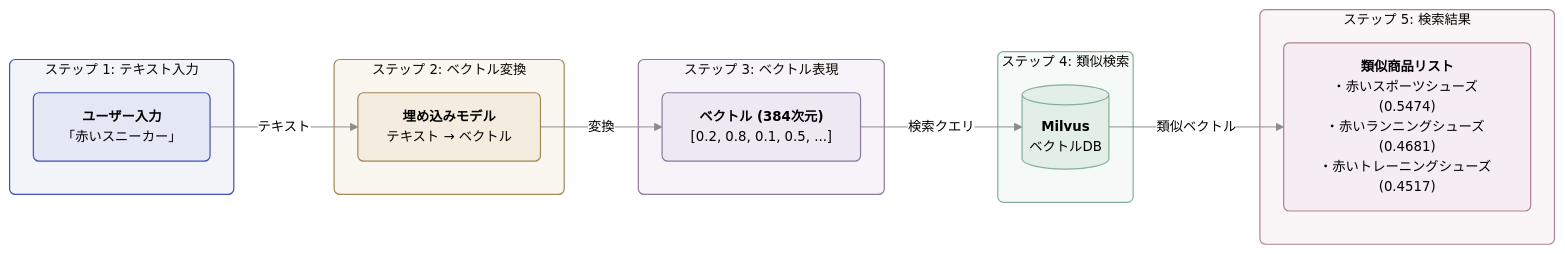
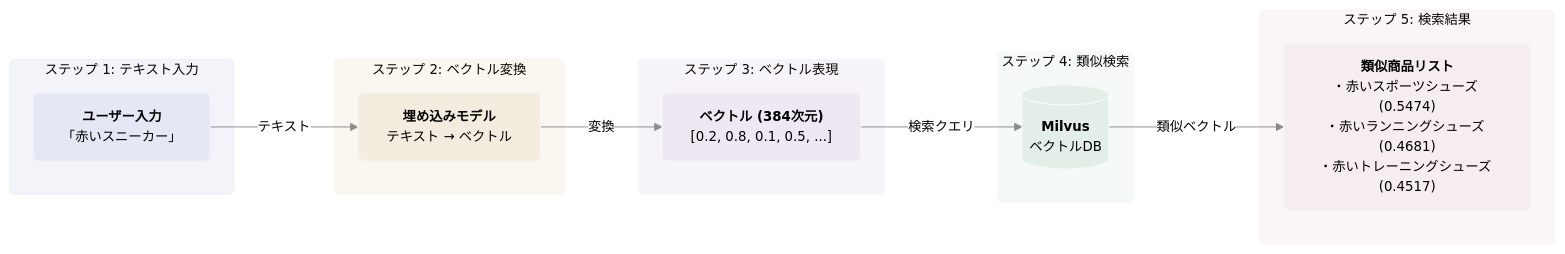
One commit to mukoubuchi/vector-search-hands-on changed the diagram in docs/ja/part1.md. Above: the diagram before and after it, drawn with Mermaid. The commit also changed 10 other files, not shown here.

Commit message:
fix: preserve diagram color semantics and soften block borders

````diff
--- a/docs/ja/part1.md
+++ b/docs/ja/part1.md
@@ -34,53 +34,53 @@
 ```mermaid
 ---
 config:
   theme: base
   themeVariables:
     fontFamily: IBM Plex Sans, IBM Plex Sans JP, sans-serif
     fontSize: 14px
     textColor: '#000000'
     primaryTextColor: '#000000'
     lineColor: '#8a8b8c'
     edgeLabelBackground: '#ffffff'
   flowchart:
     curve: linear
     useMaxWidth: false
 ---
 graph LR
     subgraph step1["ステップ 1: テキスト入力"]
         A["<b>ユーザー入力</b><br/>「赤いスニーカー」"]
     end
     
     subgraph step2["ステップ 2: ベクトル変換"]
         B["<b>埋め込みモデル</b><br/>テキスト → ベクトル"]
     end
     
     subgraph step3["ステップ 3: ベクトル表現"]
         C["<b>ベクトル (384次元)</b><br/>[0.2, 0.8, 0.1, 0.5, ...]"]
     end
     
     subgraph step4["ステップ 4: 類似検索"]
         D[("<b>Milvus</b><br/>ベクトルDB")]
     end
     
     subgraph step5["ステップ 5: 検索結果"]
         E["<b>類似商品リスト</b><br/>・赤いスポーツシューズ (0.5474)<br/>・赤いランニングシューズ (0.4681)<br/>・赤いトレーニングシューズ (0.4517)"]
     end
     
     A -->|テキスト| B
     B -->|変換| C
     C -->|検索クエリ| D
     D -->|類似ベクトル| E
     
-    style step1 fill:#f2f4fa,stroke:#4051b5,stroke-width:1.25px,rx:6,ry:6
-    style step2 fill:#faf7f0,stroke:#a48655,stroke-width:1.25px,rx:6,ry:6
-    style step3 fill:#f7f4f9,stroke:#8c789f,stroke-width:1.25px,rx:6,ry:6
-    style step4 fill:#f5f9f7,stroke:#85b09a,stroke-width:1.25px,rx:6,ry:6
-    style step5 fill:#faf6f8,stroke:#ad8193,stroke-width:1.25px,rx:6,ry:6
+    style step1 fill:#f2f4fa,stroke:#f0f1f9,stroke-width:1.25px,rx:6,ry:6
+    style step2 fill:#faf7f0,stroke:#f8f5f1,stroke-width:1.25px,rx:6,ry:6
+    style step3 fill:#f7f4f9,stroke:#f6f4f7,stroke-width:1.25px,rx:6,ry:6
+    style step4 fill:#f5f9f7,stroke:#f5f9f7,stroke-width:1.25px,rx:6,ry:6
+    style step5 fill:#faf6f8,stroke:#f8f5f6,stroke-width:1.25px,rx:6,ry:6
     
-    style A fill:#e4e8f5,stroke:#4051b5,stroke-width:1.25px,rx:6,ry:6
-    style B fill:#f3ecdf,stroke:#a48655,stroke-width:1.25px,rx:6,ry:6
-    style C fill:#eee8f3,stroke:#8c789f,stroke-width:1.25px,rx:6,ry:6
-    style D fill:#e3eee8,stroke:#85b09a,stroke-width:1.25px,rx:6,ry:6
-    style E fill:#f5edf1,stroke:#ad8193,stroke-width:1.25px,rx:6,ry:6
+    style A fill:#e4e8f5,stroke:#f0f1f9,stroke-width:1.25px,rx:6,ry:6
+    style B fill:#f3ecdf,stroke:#f8f5f1,stroke-width:1.25px,rx:6,ry:6
+    style C fill:#eee8f3,stroke:#f6f4f7,stroke-width:1.25px,rx:6,ry:6
+    style D fill:#e3eee8,stroke:#f5f9f7,stroke-width:1.25px,rx:6,ry:6
+    style E fill:#f5edf1,stroke:#f8f5f6,stroke-width:1.25px,rx:6,ry:6
 ```
````
